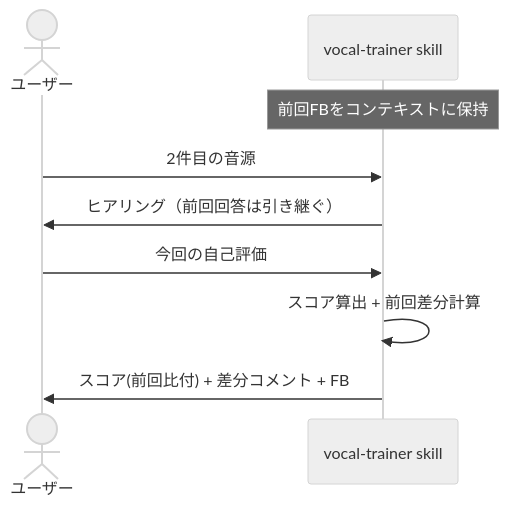
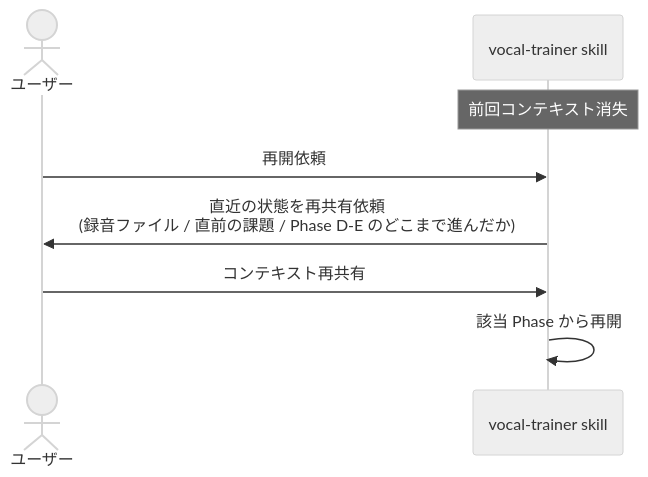
Before and after one commit to maru0814/vocalcoach: the fourth of 4 diagrams in docs/04_設計書_ClaudeCode版FB.md, drawn with Mermaid (neutral theme). The commit also changed other lines of this file and 3 other files, not shown here.

````diff
--- a/docs/04_設計書_ClaudeCode版FB.md
+++ b/docs/04_設計書_ClaudeCode版FB.md
@@ -302,11 +371,10 @@
 ```mermaid
 sequenceDiagram
     actor U as ユーザー
     participant S as vocal-trainer skill
-    Note over S: 前回FBをコンテキストに保持
-    U->>S: 2件目の音源
-    S->>U: ヒアリング（前回回答は引き継ぐ）
-    U->>S: 今回の自己評価
-    S->>S: スコア算出 + 前回差分計算
-    S->>U: スコア(前回比付) + 差分コメント + FB
+    Note over S: 前回コンテキスト消失
+    U->>S: 再開依頼
+    S->>U: 直近の状態を再共有依頼<br/>(録音ファイル / 直前の課題 / Phase D-E のどこまで進んだか)
+    U->>S: コンテキスト再共有
+    S->>S: 該当 Phase から再開
 ```
````
